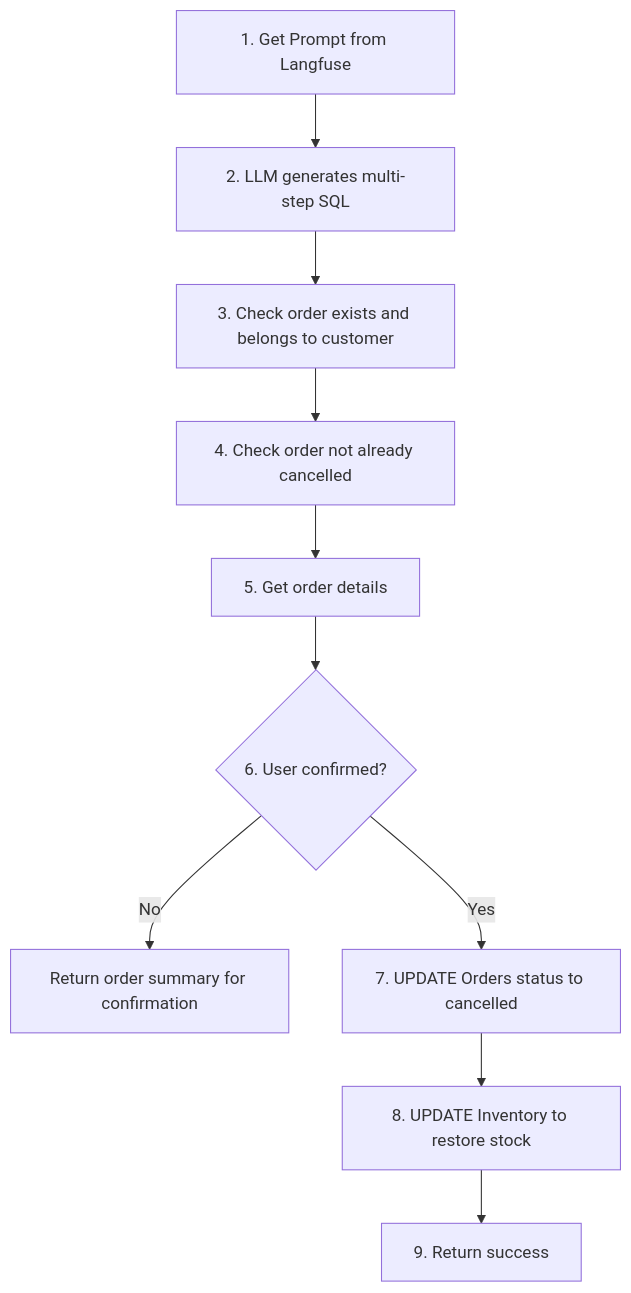
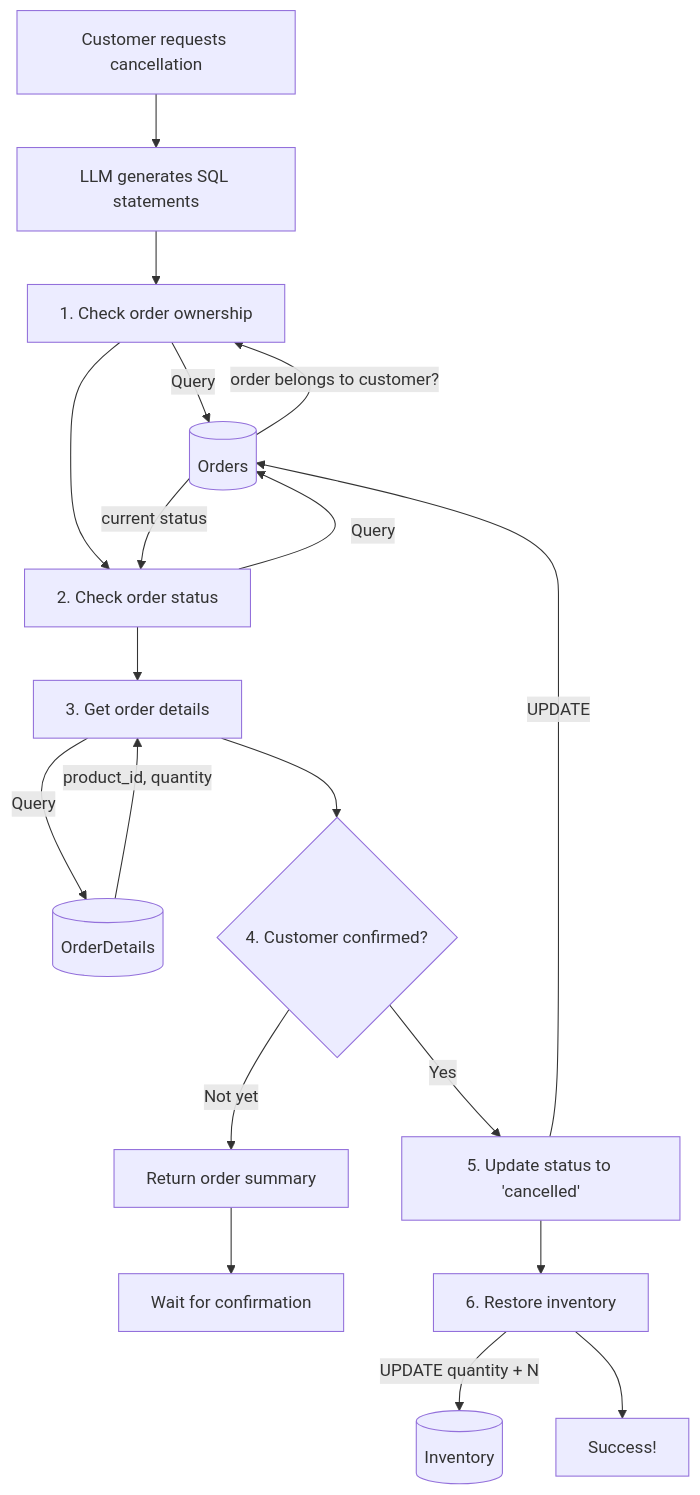
Before and after one commit to mhokchuekchuek/mtl_agent: the diagram in docs/multi-agent-systems/modules/tools/knowledge_retrieval/sql/customer/cancel_order.md, drawn with Mermaid. The commit also changed other lines of this file and 45 other files, not shown here.

````diff
--- a/docs/multi-agent-systems/modules/tools/knowledge_retrieval/sql/customer/cancel_order.md
+++ b/docs/multi-agent-systems/modules/tools/knowledge_retrieval/sql/customer/cancel_order.md
@@ -35,12 +26,29 @@
 ```mermaid
 flowchart TD
-    A[1. Get Prompt from Langfuse] --> B[2. LLM generates multi-step SQL]
-    B --> C[3. Check order exists and belongs to customer]
-    C --> D[4. Check order not already cancelled]
-    D --> E[5. Get order details]
-    E --> F{6. User confirmed?}
-    F -->|No| G[Return order summary for confirmation]
-    F -->|Yes| H[7. UPDATE Orders status to cancelled]
-    H --> I[8. UPDATE Inventory to restore stock]
-    I --> J[9. Return success]
+    START[Customer requests cancellation] --> GEN[LLM generates SQL statements]
+    
+    GEN --> CHECK_ORDER[1. Check order ownership]
+    CHECK_ORDER --> |Query| ORDERS_TBL[(Orders)]
+    ORDERS_TBL --> |order belongs to customer?| CHECK_ORDER
+    
+    CHECK_ORDER --> CHECK_STATUS[2. Check order status]
+    CHECK_STATUS --> |Query| ORDERS_TBL
+    ORDERS_TBL --> |current status| CHECK_STATUS
+    
+    CHECK_STATUS --> GET_DETAILS[3. Get order details]
+    GET_DETAILS --> |Query| DETAILS_TBL[(OrderDetails)]
+    DETAILS_TBL --> |product_id, quantity| GET_DETAILS
+    
+    GET_DETAILS --> CONFIRM{4. Customer confirmed?}
+    
+    CONFIRM --> |Not yet| SUMMARY[Return order summary]
+    SUMMARY --> WAIT[Wait for confirmation]
+    
+    CONFIRM --> |Yes| UPDATE_STATUS[5. Update status to 'cancelled']
+    UPDATE_STATUS --> |UPDATE| ORDERS_TBL
+    
+    UPDATE_STATUS --> RESTORE_INV[6. Restore inventory]
+    RESTORE_INV --> |UPDATE quantity + N| INV_TBL[(Inventory)]
+    
+    RESTORE_INV --> SUCCESS[Success!]
 ```
````
